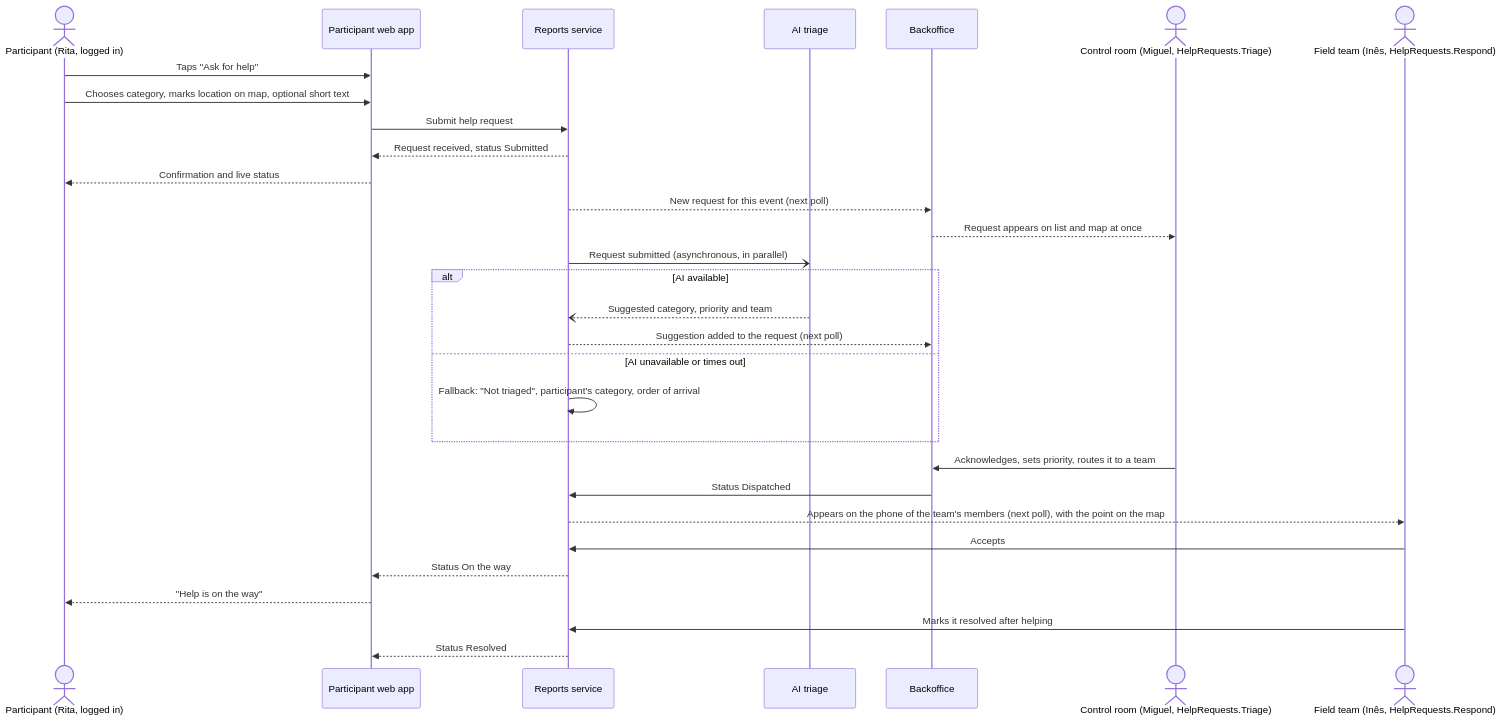
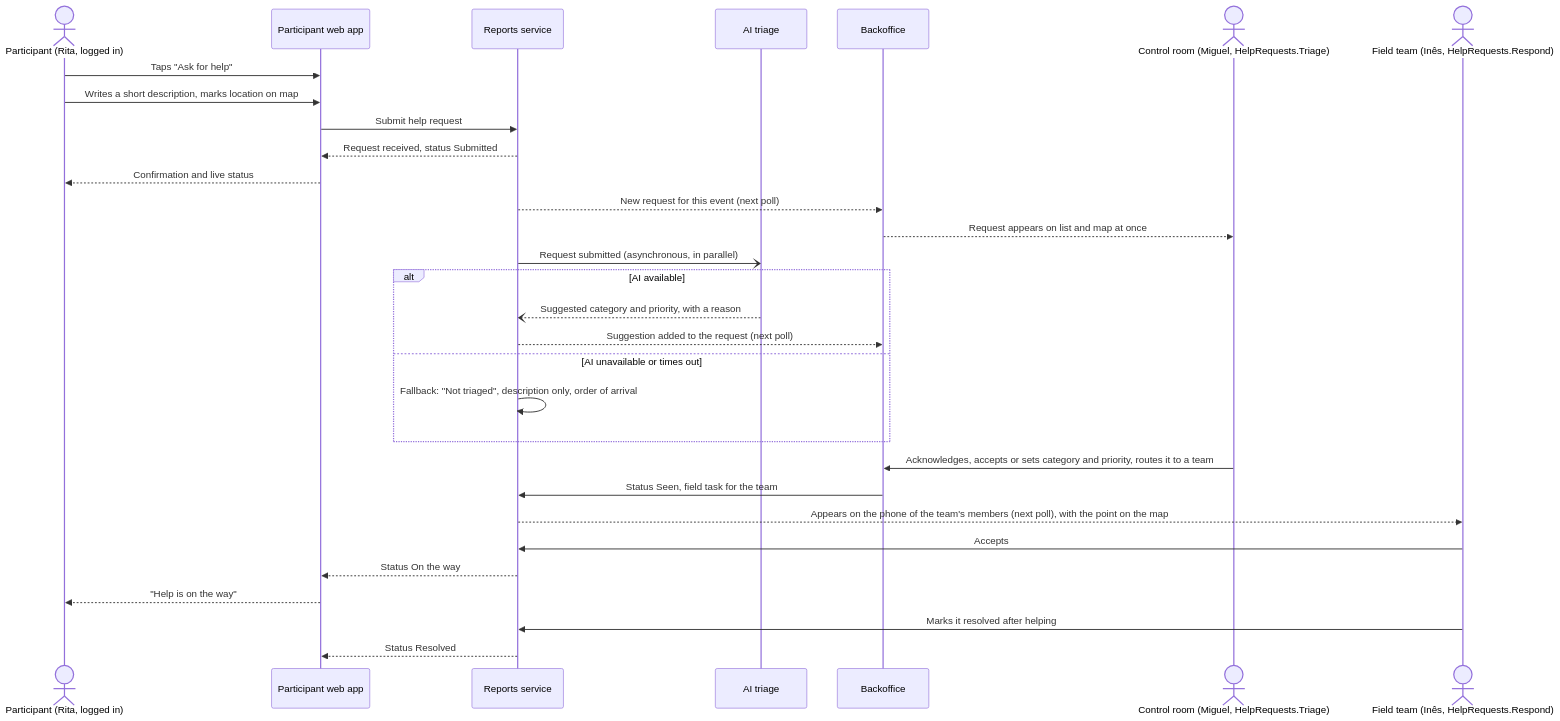
The second of 9 diagrams in Docs/Product/user-workflows.md (tomasoliveira21/LABDSOF), drawn with Mermaid before and after one commit. The commit also changed other lines of this file and 35 other files, not shown here.

````diff
--- a/Docs/Product/user-workflows.md
+++ b/Docs/Product/user-workflows.md
@@ -73,33 +73,33 @@
 ```mermaid
 sequenceDiagram
     actor P as Participant (Rita, logged in)
     participant App as Participant web app
     participant Inc as Reports service
     participant AI as AI triage
     participant BO as Backoffice
     actor O as Control room (Miguel, HelpRequests.Triage)
     actor R as Field team (Inês, HelpRequests.Respond)
 
     P->>App: Taps "Ask for help"
-    P->>App: Chooses category, marks location on map, optional short text
+    P->>App: Writes a short description, marks location on map
     App->>Inc: Submit help request
     Inc-->>App: Request received, status Submitted
     App-->>P: Confirmation and live status
     Inc-->>BO: New request for this event (next poll)
     BO-->>O: Request appears on list and map at once
     Inc-)AI: Request submitted (asynchronous, in parallel)
     alt AI available
-        AI--)Inc: Suggested category, priority and team
+        AI--)Inc: Suggested category and priority, with a reason
         Inc-->>BO: Suggestion added to the request (next poll)
     else AI unavailable or times out
-        Inc->>Inc: Fallback: "Not triaged", participant's category, order of arrival
+        Inc->>Inc: Fallback: "Not triaged", description only, order of arrival
     end
-    O->>BO: Acknowledges, sets priority, routes it to a team
-    BO->>Inc: Status Dispatched
+    O->>BO: Acknowledges, accepts or sets category and priority, routes it to a team
+    BO->>Inc: Status Seen, field task for the team
     Inc-->>R: Appears on the phone of the team's members (next poll), with the point on the map
     R->>Inc: Accepts
     Inc-->>App: Status On the way
     App-->>P: "Help is on the way"
     R->>Inc: Marks it resolved after helping
     Inc-->>App: Status Resolved
 ```
````
